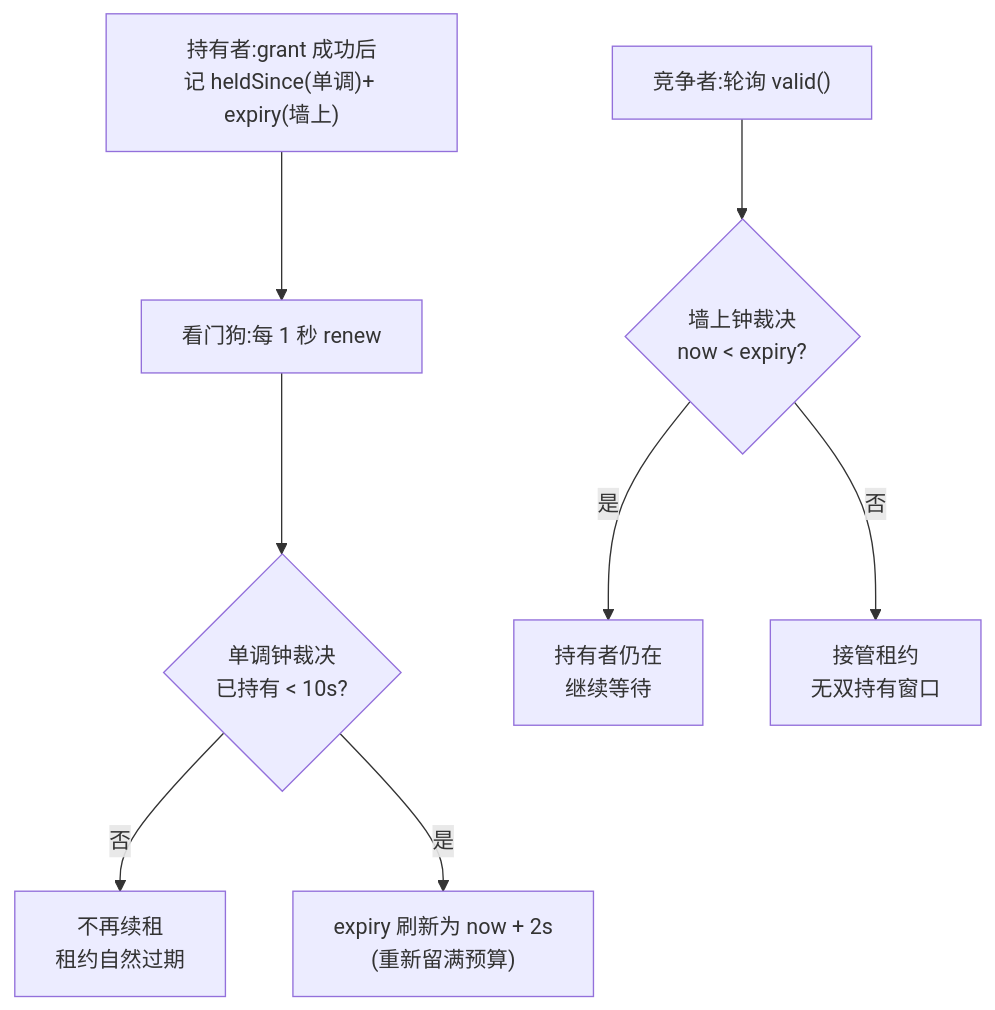
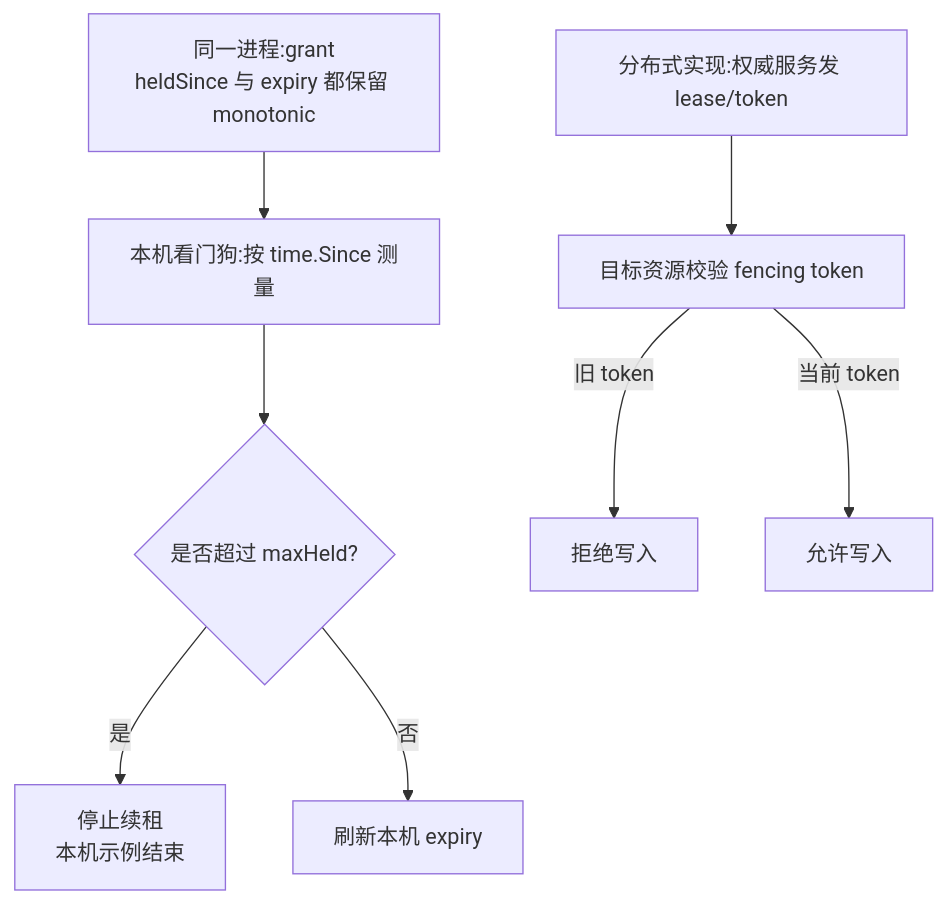
One commit to MoreConsequence/MoreConsequence.github.io changed the third of 4 diagrams in content/posts/clock-skew-distributed-systems.md. Above: the diagram before and after it, drawn with Mermaid. The commit also changed other lines of this file and 263 other files, not shown here.

````diff
--- a/content/posts/clock-skew-distributed-systems.md
+++ b/content/posts/clock-skew-distributed-systems.md
@@ -389,10 +390,10 @@
 ```mermaid
 flowchart TD
-    A["持有者:grant 成功后<br/>记 heldSince(单调)+ expiry(墙上)"] --> B["看门狗:每 1 秒 renew"]
-    B --> C{"单调钟裁决<br/>已持有 < 10s?"}
-    C -->|"否"| D["不再续租<br/>租约自然过期"]
-    C -->|"是"| E["expiry 刷新为 now + 2s<br/>(重新留满预算)"]
-    F["竞争者:轮询 valid()"] --> G{"墙上钟裁决<br/>now < expiry?"}
-    G -->|"是"| H["持有者仍在<br/>继续等待"]
-    G -->|"否"| I["接管租约<br/>无双持有窗口"]
+    A["同一进程:grant<br/>heldSince 与 expiry 都保留 monotonic"] --> B["本机看门狗:按 time.Since 测量"]
+    B --> C{"是否超过 maxHeld?"}
+    C -->|"是"| D["停止续租<br/>本机示例结束"]
+    C -->|"否"| E["刷新本机 expiry"]
+    F["分布式实现:权威服务发 lease/token"] --> G["目标资源校验 fencing token"]
+    G -->|"旧 token"| H["拒绝写入"]
+    G -->|"当前 token"| I["允许写入"]
 ```
````
